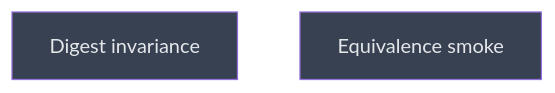
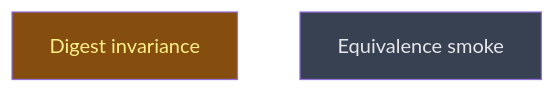
Before and after one commit to CrackingShells/Candler: the diagram in __roadmap__/m2c-wire-alignment/consumers/closeout/revalidation/README.md, drawn with Mermaid. The commit also changed other lines of this file and 1 other file, not shown here.

Commit message:
rdm(experiment): close the m2c close-out level and start re-validation
The three L2 leaves landed. On the merged tip the workspace passes 419
tests, LINUX and GOLDEN, every landing grep prints nothing, and the 11
container guards pass locally once the test agent image is built as
CI builds it. The digest measurement is in progress.

````diff
--- a/__roadmap__/m2c-wire-alignment/consumers/closeout/revalidation/README.md
+++ b/__roadmap__/m2c-wire-alignment/consumers/closeout/revalidation/README.md
@@ -19,10 +19,10 @@
 ```mermaid
 graph TD
-    digest_invariance[Digest invariance]:::planned
+    digest_invariance[Digest invariance]:::inprogress
     equivalence_smoke[Equivalence smoke]:::planned
     classDef done       fill:#166534,color:#bbf7d0
     classDef inprogress fill:#854d0e,color:#fef08a
     classDef planned    fill:#374151,color:#e5e7eb
     classDef amendment  fill:#1e3a5f,color:#bfdbfe
     classDef blocked    fill:#7f1d1d,color:#fecaca
 ```
````
